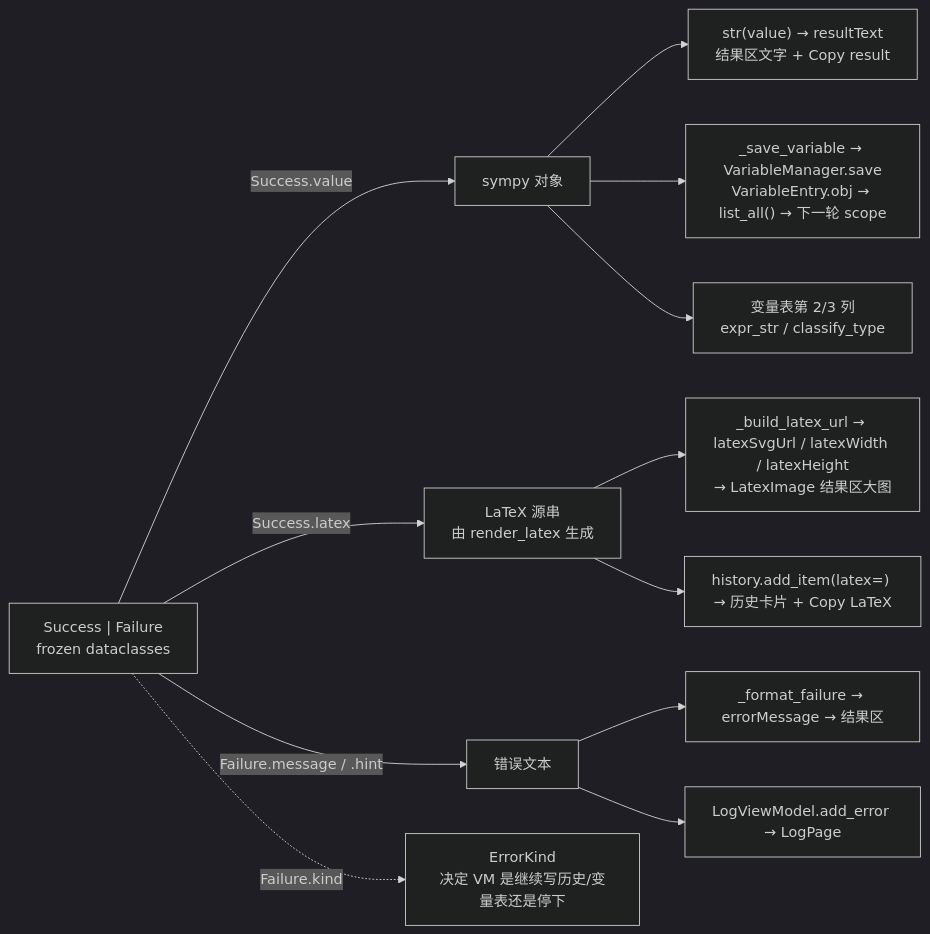
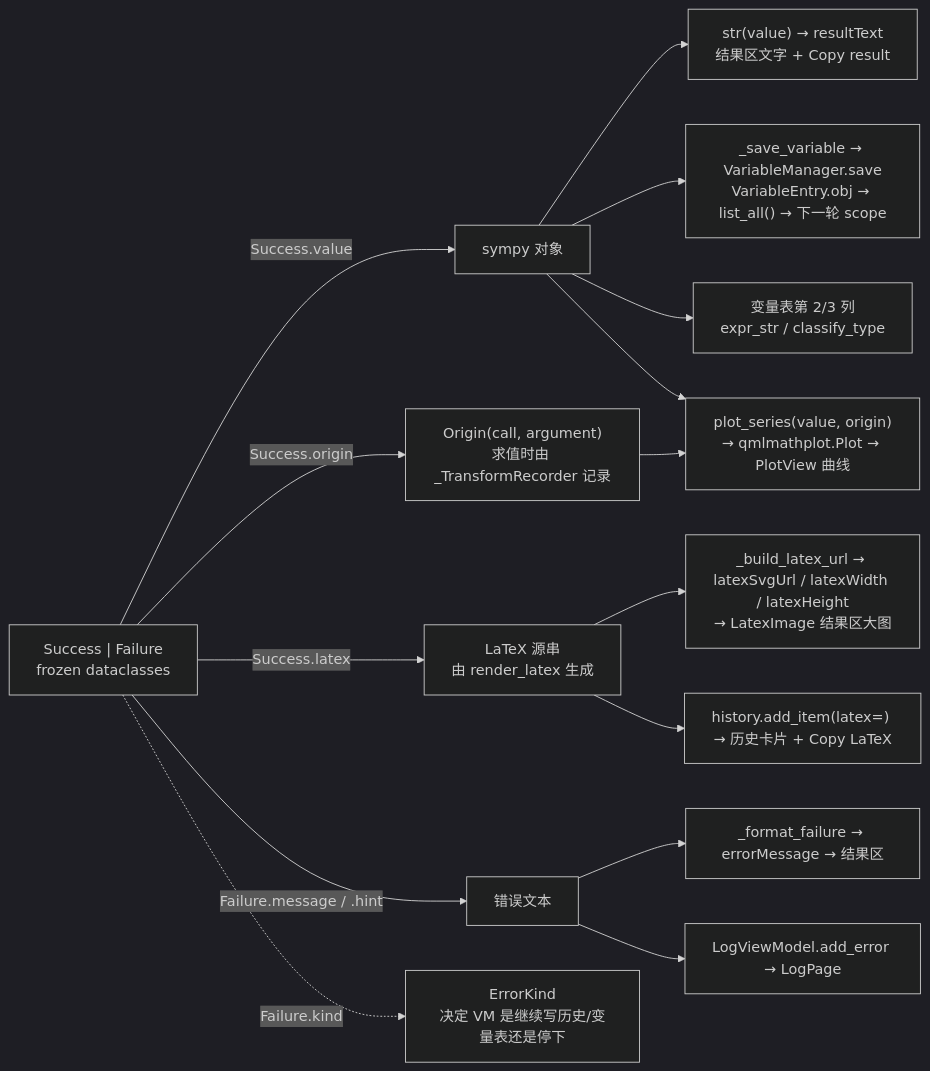
The second of 2 diagrams in docs/architecture.md (I-AM-A-NOOB/Symplify), drawn with Mermaid (dark theme) before and after one commit. The commit also changed other lines of this file and 15 other files, not shown here.

````diff
--- a/docs/architecture.md
+++ b/docs/architecture.md
@@ -113,19 +121,23 @@
 ```mermaid
 flowchart LR
     R["Success | Failure<br/>frozen dataclasses"]
 
     R -->|"Success.value"| V["sympy 对象"]
     V --> V1["str(value) → resultText<br/>结果区文字 + Copy result"]
     V --> V2["_save_variable → VariableManager.save<br/>VariableEntry.obj → list_all() → 下一轮 scope"]
     V --> V3["变量表第 2/3 列<br/>expr_str / classify_type"]
+    V --> V4["plot_series(value, origin)<br/>→ qmlmathplot.Plot → PlotView 曲线"]
+
+    R -->|"Success.origin"| O["Origin(call, argument)<br/>求值时由 _TransformRecorder 记录"]
+    O --> V4
 
     R -->|"Success.latex"| L["LaTeX 源串<br/>由 render_latex 生成"]
     L --> L1["_build_latex_url → latexSvgUrl / latexWidth / latexHeight<br/>→ LatexImage 结果区大图"]
     L --> L2["history.add_item(latex=) → 历史卡片 + Copy LaTeX"]
 
     R -->|"Failure.message / .hint"| E["错误文本"]
     E --> E1["_format_failure → errorMessage → 结果区"]
     E --> E2["LogViewModel.add_error → LogPage"]
 
     R -.->|"Failure.kind"| K["ErrorKind<br/>决定 VM 是继续写历史/变量表还是停下"]
 ```
````
